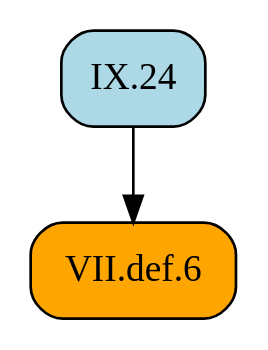
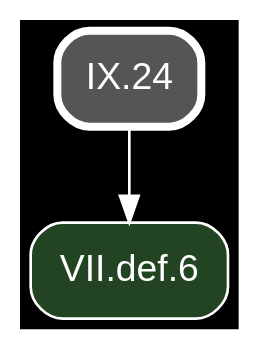
The diagram in docsrc/heath/IX/24/index.rst (geometor/elements), drawn with Graphviz before and after one commit. The commit also changed other lines of this file and 1200 other files, not shown here.

Commit message:
update dependency graphs

```diff
--- a/docsrc/heath/IX/24/index.rst
+++ b/docsrc/heath/IX/24/index.rst
@@ -24,9 +24,11 @@
 .. graphviz::
 
    digraph {
+     bgcolor="black";
+     node [shape=box, style="rounded,filled", fontname="Helvetica", color="white", fontcolor="white"];
+     edge [color="white", fontcolor="white"];
      rankdir="TB";
-     node [shape=box, style=rounded];
-     "IX.24" [style="rounded,filled", fillcolor=lightblue, URL="/heath/IX/24/", target="_top"];
-     "VII.def.6" [style="rounded,filled", fillcolor=orange, URL="/heath/VII/def.6/", target="_top"];
+     "IX.24" [penwidth=3, color="white", fillcolor="#555555", URL="/heath/IX/24/", target="_top"];
+     "VII.def.6" [fillcolor="#224422", URL="/heath/VII/def.6/", target="_top"];
      "IX.24" -> "VII.def.6";
    }
```
